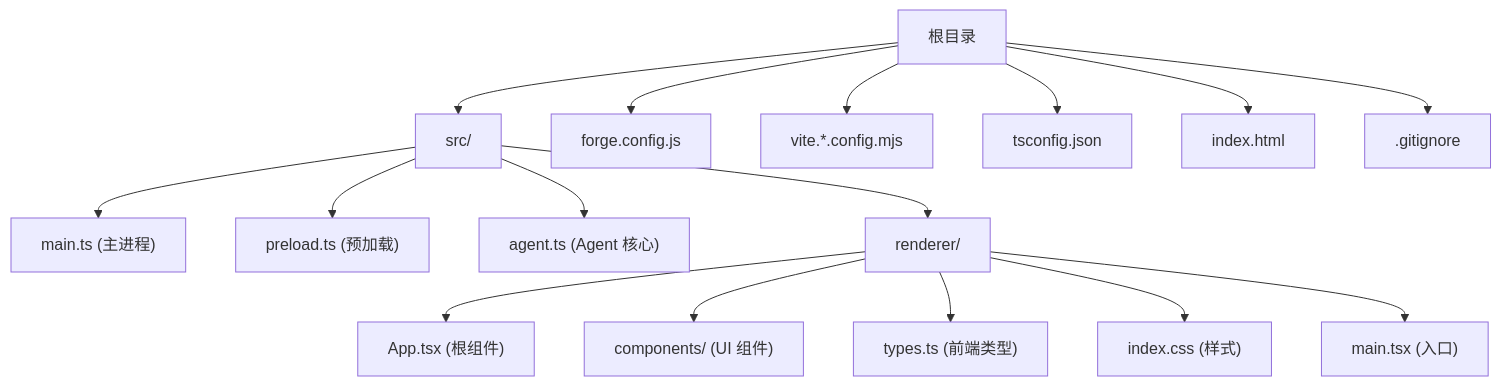
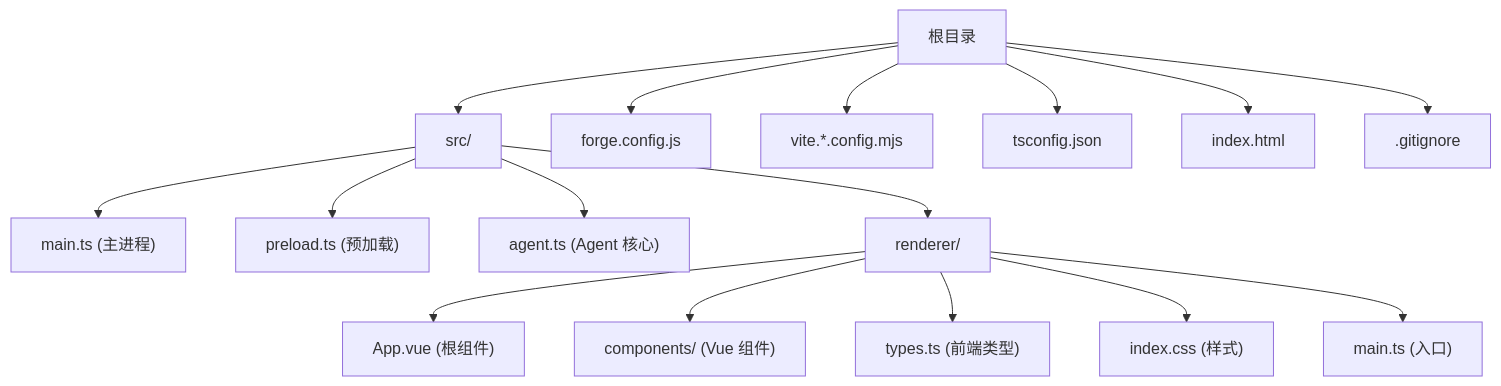
Before and after one commit to hallllla/QAQ-Agent: the first of 6 diagrams in .qoder/repowiki/zh/content/开发环境设置.md, drawn with Mermaid. The commit also changed other lines of this file and 23 other files, not shown here.

````diff
--- a/.qoder/repowiki/zh/content/开发环境设置.md
+++ b/.qoder/repowiki/zh/content/开发环境设置.md
@@ -44,18 +56,18 @@
 ```mermaid
 graph TB
 A["根目录"] --> B["src/"]
 A --> C["forge.config.js"]
 A --> D["vite.*.config.mjs"]
 A --> E["tsconfig.json"]
 A --> F["index.html"]
 A --> G[".gitignore"]
 B --> B1["main.ts (主进程)"]
 B --> B2["preload.ts (预加载)"]
 B --> B3["agent.ts (Agent 核心)"]
 B --> B4["renderer/"]
-B4 --> B41["App.tsx (根组件)"]
-B4 --> B42["components/ (UI 组件)"]
+B4 --> B41["App.vue (根组件)"]
+B4 --> B42["components/ (Vue 组件)"]
 B4 --> B43["types.ts (前端类型)"]
 B4 --> B44["index.css (样式)"]
-B4 --> B45["main.tsx (入口)"]
+B4 --> B45["main.ts (入口)"]
 ```
````
